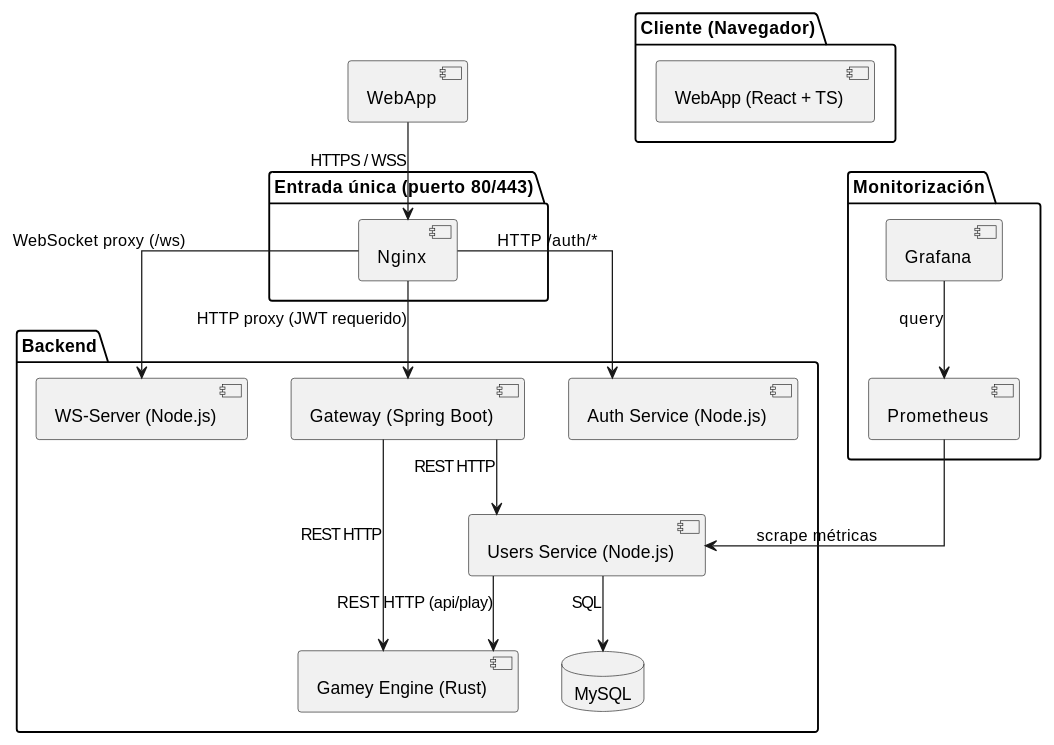
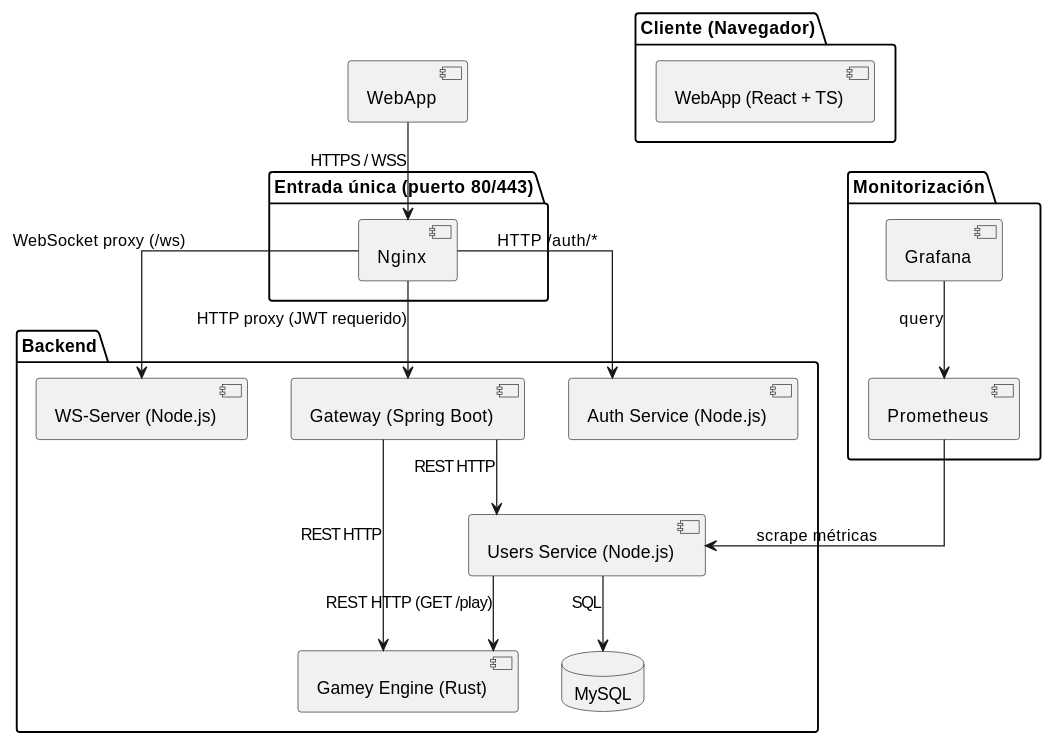
The first of 3 diagrams in docs/src/05_building_block_view.adoc (Arquisoft/yovi_es4c), drawn with PlantUML before and after one commit. The commit also changed other lines of this file and 10 other files, not shown here.

```diff
--- a/docs/src/05_building_block_view.adoc
+++ b/docs/src/05_building_block_view.adoc
@@ -10,39 +10,39 @@
 [plantuml, building-block-overview, png]
 ----
 @startuml
 skinparam linetype ortho
 
 package "Cliente (Navegador)" {
   [WebApp (React + TS)]
 }
 
 package "Entrada única (puerto 80/443)" {
   [Nginx]
 }
 
 package "Backend" {
   [Auth Service (Node.js)] as AS
   [Gateway (Spring Boot)] as GW
   [Users Service (Node.js)] as US
   [Gamey Engine (Rust)] as GE
   [WS-Server (Node.js)] as WS
   database "MySQL" as DB
 }
 
 package "Monitorización" {
   [Prometheus]
   [Grafana]
 }
 
 [WebApp] --> [Nginx] : HTTPS / WSS
 [Nginx] --> [AS] : HTTP /auth/*
 [Nginx] --> [GW] : HTTP proxy (JWT requerido)
 [Nginx] --> [WS] : WebSocket proxy (/ws)
 [GW] --> [US] : REST HTTP
 [GW] --> [GE] : REST HTTP
-[US] --> [GE] : REST HTTP (api/play)
+[US] --> [GE] : REST HTTP (GET /play)
 [US] --> [DB] : SQL
 [Prometheus] --> [US] : scrape métricas
 [Grafana] --> [Prometheus] : query
 @enduml
 ----
```
